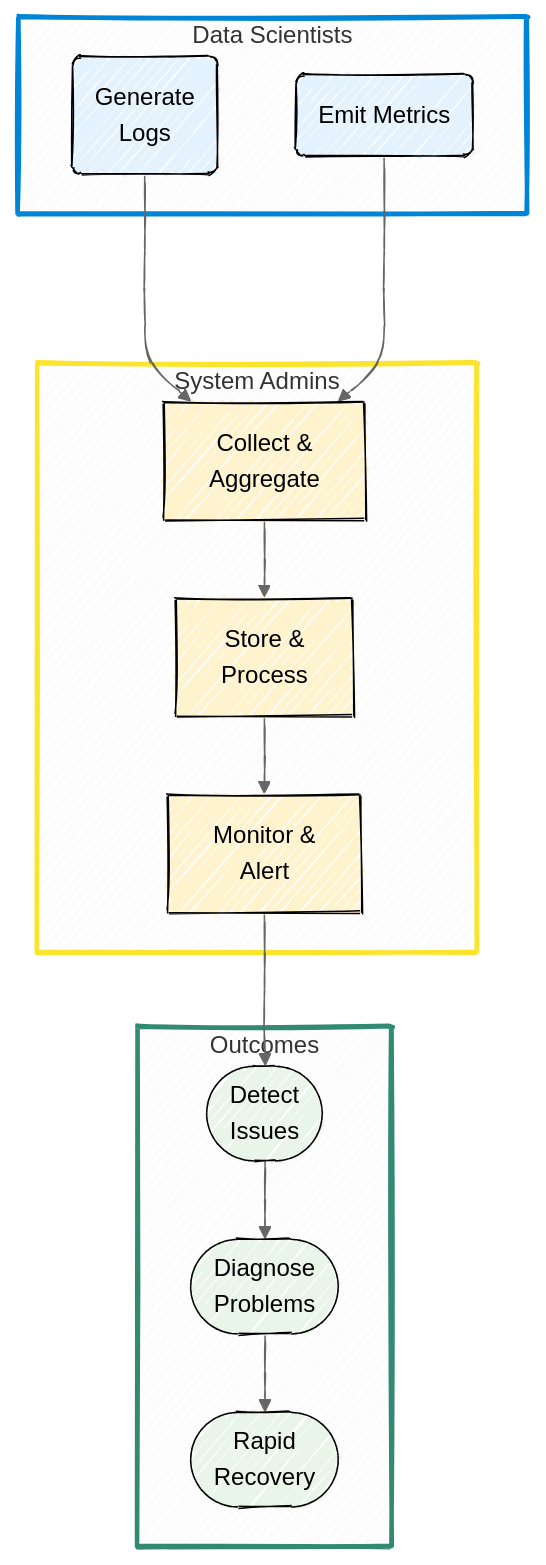
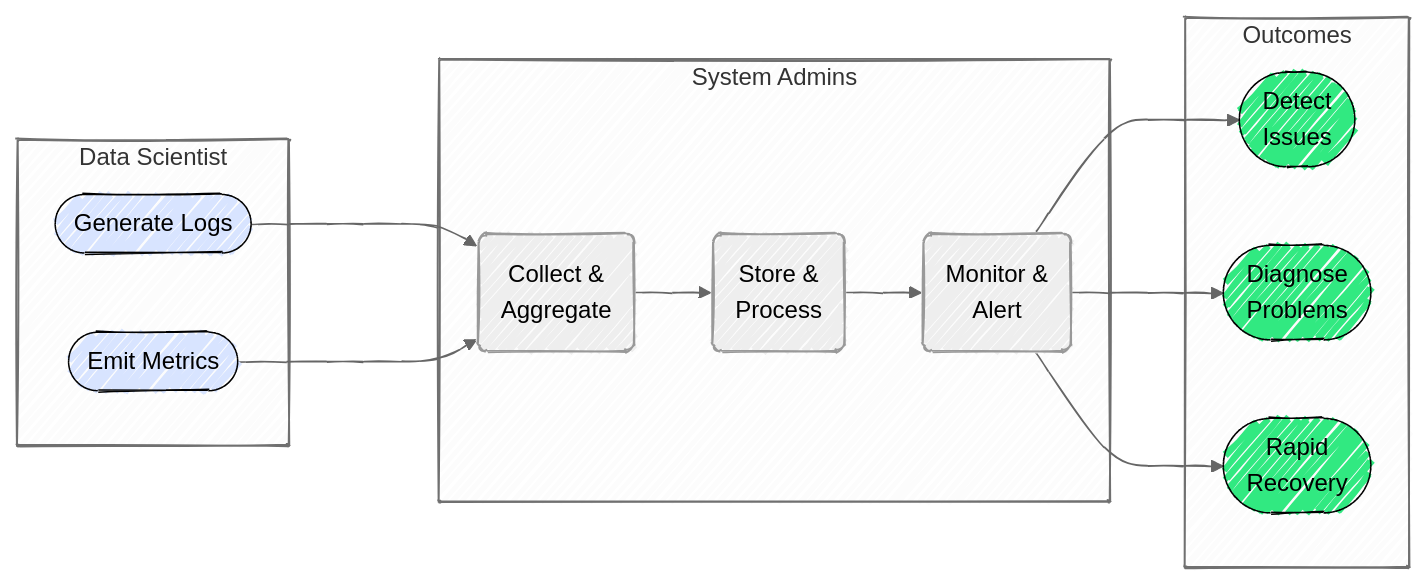
Before and after one commit to mjfrigaard/do4ds-labs: the second of 2 diagrams in lab4.qmd, drawn with Mermaid. The commit also changed other lines of this file and 18 other files, not shown here.

````diff
--- a/lab4.qmd
+++ b/lab4.qmd
@@ -184,44 +184,39 @@
 ```{mermaid}
 %%| fig-width: 8.0
 %%| fig-align: center
 %%{init: {'theme': 'neutral', 'look': 'handDrawn', 'themeVariables': { 'fontFamily': 'monospace'}}}%%
 
-graph TD
-    subgraph DatSci["Data Scientists"]
-        A("Generate<br>Logs")
-        B("Emit Metrics")
+graph LR
+    subgraph DatSci["Data Scientist"]
+        A(["Generate Logs"])
+        B(["Emit Metrics"])
     end
     
     subgraph SysAdmin["System Admins"]
-        C["Collect &<br>Aggregate"]
-        D["Store &<br>Process"]
-        E["Monitor &<br>Alert"]
+        C("Collect &<br>Aggregate")
+        D("Store &<br>Process")
+        E("Monitor &<br>Alert")
     end
     
     subgraph Out["Outcomes"]
         F(["Detect<br>Issues"])
         G(["Diagnose<br>Problems"])
         H(["Rapid<br>Recovery"])
     end
     
     A ---> C
     B ---> C
     C --> D
     D --> E
-    E --> F
-    F --> G
-    G --> H
+    E --> F & G & H
+
     
-    classDef ds fill:#e3f2fd,stroke:#000,stroke-width:1px
-    classDef admin fill:#fff3cd,stroke:#000,stroke-width:1px
-    classDef outcome fill:#e8f5e8,stroke:#000,stroke-width:1px
     
-    style DatSci stroke:#0085d6,stroke-width:3px,font-size:16px
-    style SysAdmin stroke:#fbe42d,stroke-width:3px,font-size:16px
-    style Out stroke:#328a72,stroke-width:3px,font-size:16px
-
+    classDef ds fill:#d8e4ff,stroke:#000,stroke-width:1px
     class A,B ds
-    class C,D,E admin
+    
+    classDef outcome fill:#31e981,stroke:#000,stroke-width:1px
     class F,G,H outcome
     
+    
 ```
````
